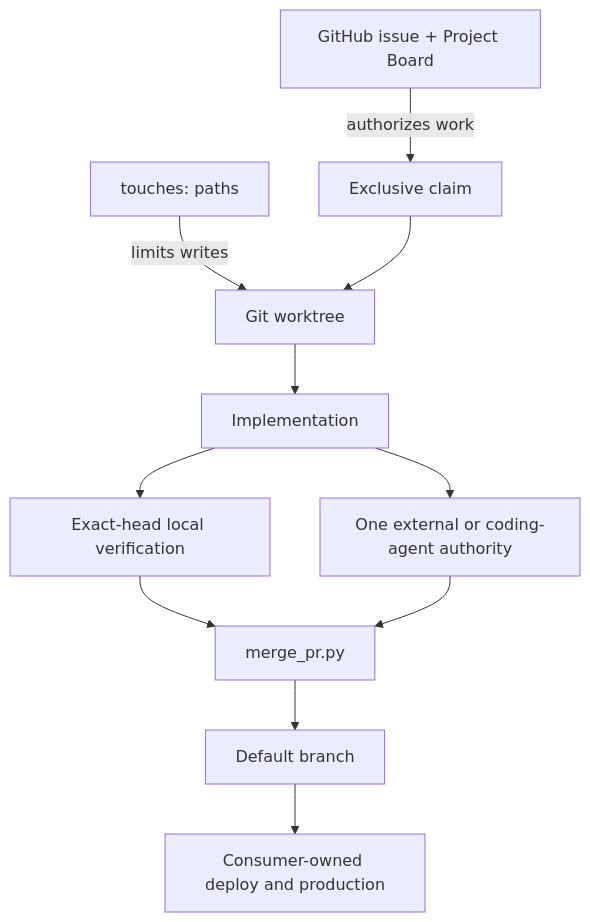
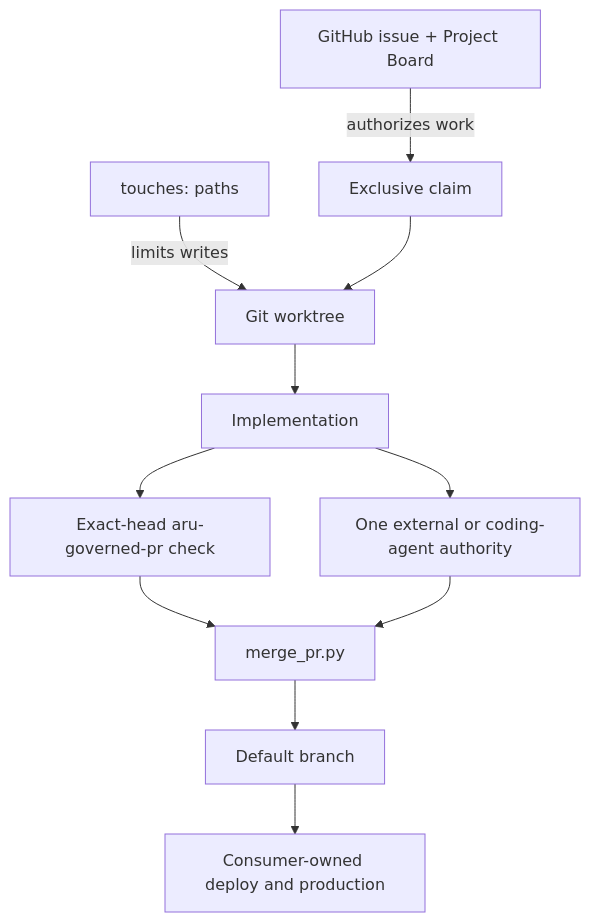
The third of 5 diagrams in docs/OPERATIONS.md (gillella/Aru_Agentic_SDLC), drawn with Mermaid before and after one commit. The commit also changed other lines of this file and 60 other files, not shown here.

````diff
--- a/docs/OPERATIONS.md
+++ b/docs/OPERATIONS.md
@@ -99,13 +101,13 @@
 ```mermaid
 flowchart TB
     ISSUE[GitHub issue + Project Board] -->|authorizes work| CLAIM[Exclusive claim]
     TOUCHES[touches: paths] -->|limits writes| WORKTREE[Git worktree]
     CLAIM --> WORKTREE
     WORKTREE --> CHANGE[Implementation]
-    CHANGE --> VERIFY[Exact-head local verification]
+    CHANGE --> VERIFY[Exact-head aru-governed-pr check]
     CHANGE --> REVIEW[One external or coding-agent authority]
     VERIFY --> GATE[merge_pr.py]
     REVIEW --> GATE
     GATE --> MAIN[Default branch]
     MAIN --> CONSUMER[Consumer-owned deploy and production]
 ```
````
